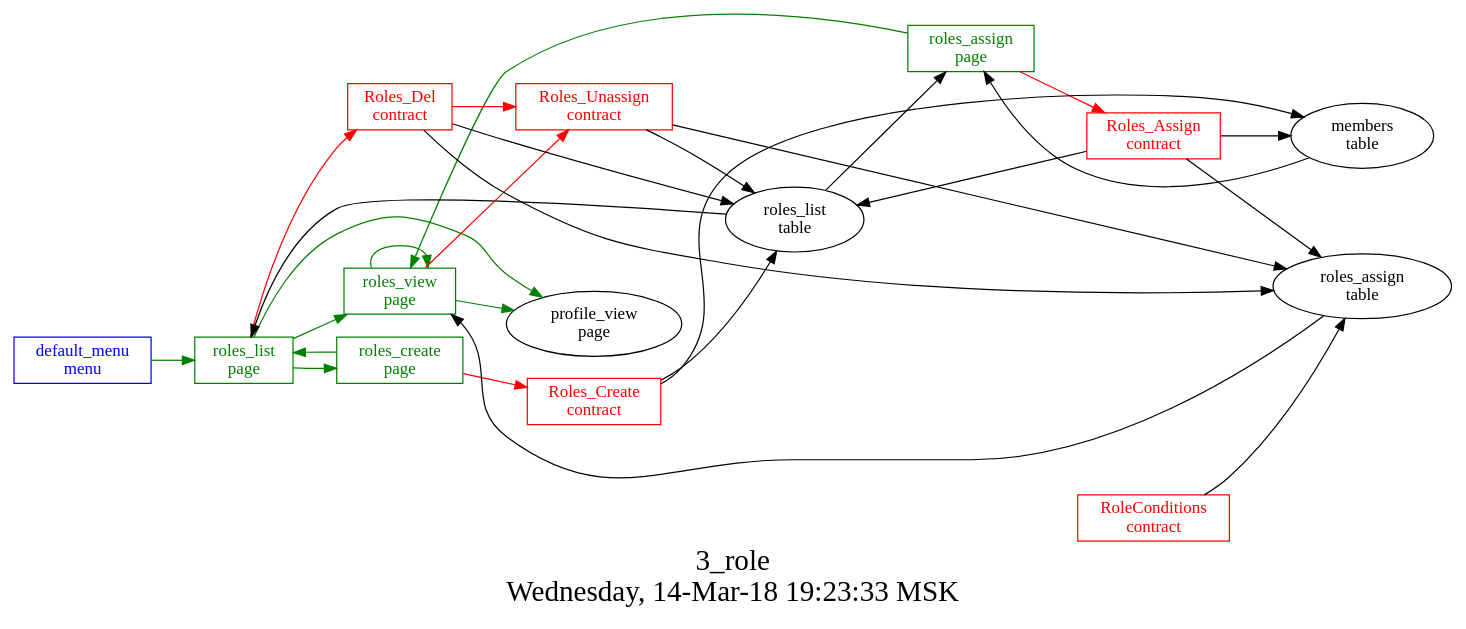
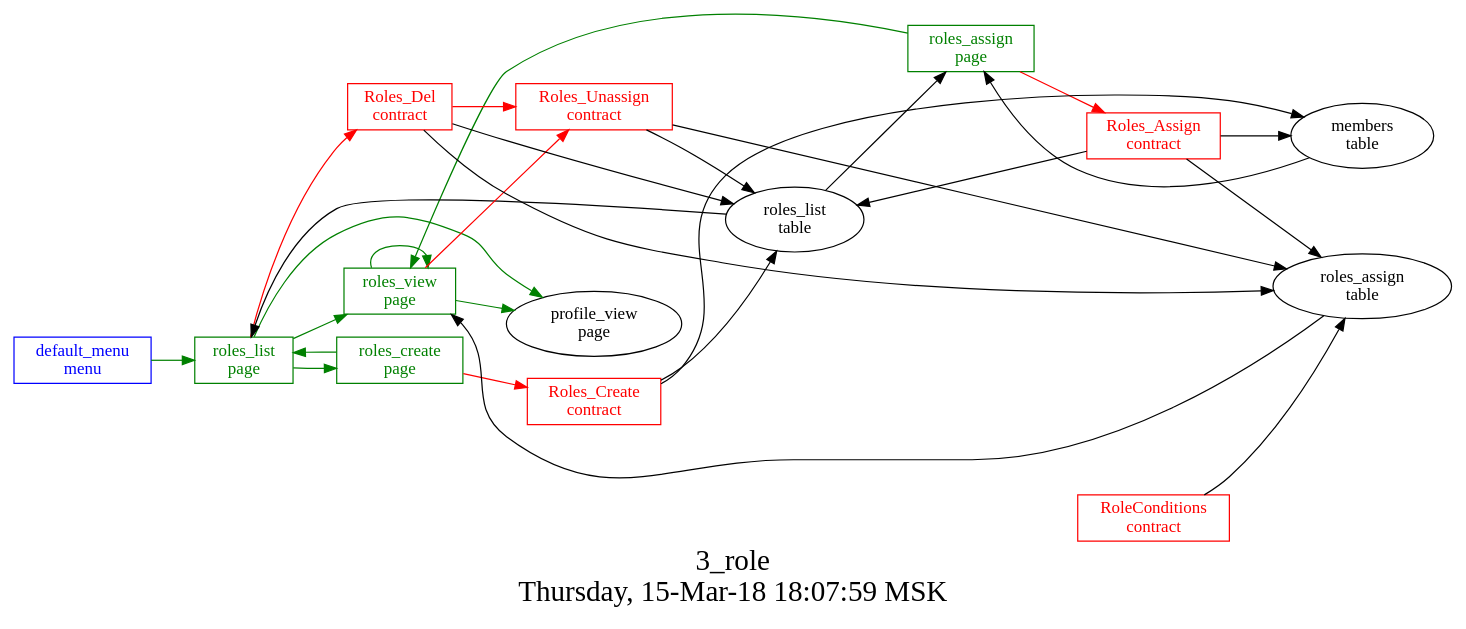
The diagram in src/basic/common/3_roles/struct.dot (AplaProject/apps), drawn with Graphviz before and after one commit. The commit also changed 29 other files, not shown here.

```diff
--- a/src/basic/common/3_roles/struct.dot
+++ b/src/basic/common/3_roles/struct.dot
@@ -1,47 +1,47 @@
 digraph G {
 graph [
   fontsize="24";
-  label="3_role\nWednesday, 14-Mar-18 19:23:33 MSK";
+  label="3_role\nThursday, 15-Mar-18 18:07:59 MSK";
   nojustify=true;
   ordering=out;
   rankdir=LR;
   size="30";
 ];
 "default_menu\nmenu" -> "roles_list\npage"  [ color=green ]
 "default_menu\nmenu" [color=blue, fontcolor=blue, group=menus, shape=record];
 "roles_assign\npage" -> "Roles_Assign\ncontract"  [ color=red ]
 "roles_list\ntable" -> "roles_assign\npage"  [ color="" ]
 "members\ntable" -> "roles_assign\npage"  [ color="" ]
 "roles_assign\npage" -> "roles_view\npage"  [ color=green ]
 "roles_assign\npage" [color=green, fontcolor=green, group=pages, shape=record];
 "roles_create\npage" -> "Roles_Create\ncontract"  [ color=red ]
 "roles_create\npage" -> "roles_list\npage"  [ color=green ]
 "roles_create\npage" [color=green, fontcolor=green, group=pages, shape=record];
 "roles_list\npage" -> "Roles_Del\ncontract"  [ color=red ]
 "roles_list\ntable" -> "roles_list\npage"  [ color="" ]
 "roles_list\npage" -> "profile_view\npage"  [ color=green ]
 "roles_list\npage" -> "roles_view\npage"  [ color=green ]
 "roles_list\npage" -> "roles_create\npage"  [ color=green ]
 "roles_list\npage" [color=green, fontcolor=green, group=pages, shape=record];
 "roles_view\npage" -> "Roles_Unassign\ncontract"  [ color=red ]
 "roles_assign\ntable" -> "roles_view\npage"  [ color="" ]
 "roles_view\npage" -> "profile_view\npage"  [ color=green ]
 "roles_view\npage" -> "roles_view\npage"  [ color=green ]
 "roles_view\npage" [color=green, fontcolor=green, group=pages, shape=record];
 "RoleConditions\ncontract" -> "roles_assign\ntable"  [ color="" ]
 "RoleConditions\ncontract" [color=red, fontcolor=red, group=contracts, shape=record];
 "Roles_Assign\ncontract" -> "roles_list\ntable"  [ color="" ]
 "Roles_Assign\ncontract" -> "members\ntable"  [ color="" ]
 "Roles_Assign\ncontract" -> "roles_assign\ntable"  [ color="" ]
 "Roles_Assign\ncontract" [color=red, fontcolor=red, group=contracts, shape=record];
 "Roles_Create\ncontract" -> "members\ntable"  [ color="" ]
 "Roles_Create\ncontract" -> "roles_list\ntable"  [ color="" ]
 "Roles_Create\ncontract" [color=red, fontcolor=red, group=contracts, shape=record];
 "Roles_Del\ncontract" -> "Roles_Unassign\ncontract"  [ color=red ]
 "Roles_Del\ncontract" -> "roles_list\ntable"  [ color="" ]
 "Roles_Del\ncontract" -> "roles_assign\ntable"  [ color="" ]
 "Roles_Del\ncontract" [color=red, fontcolor=red, group=contracts, shape=record];
 "Roles_Unassign\ncontract" -> "roles_assign\ntable"  [ color="" ]
 "Roles_Unassign\ncontract" -> "roles_list\ntable"  [ color="" ]
 "Roles_Unassign\ncontract" [color=red, fontcolor=red, group=contracts, shape=record];
 }
```
